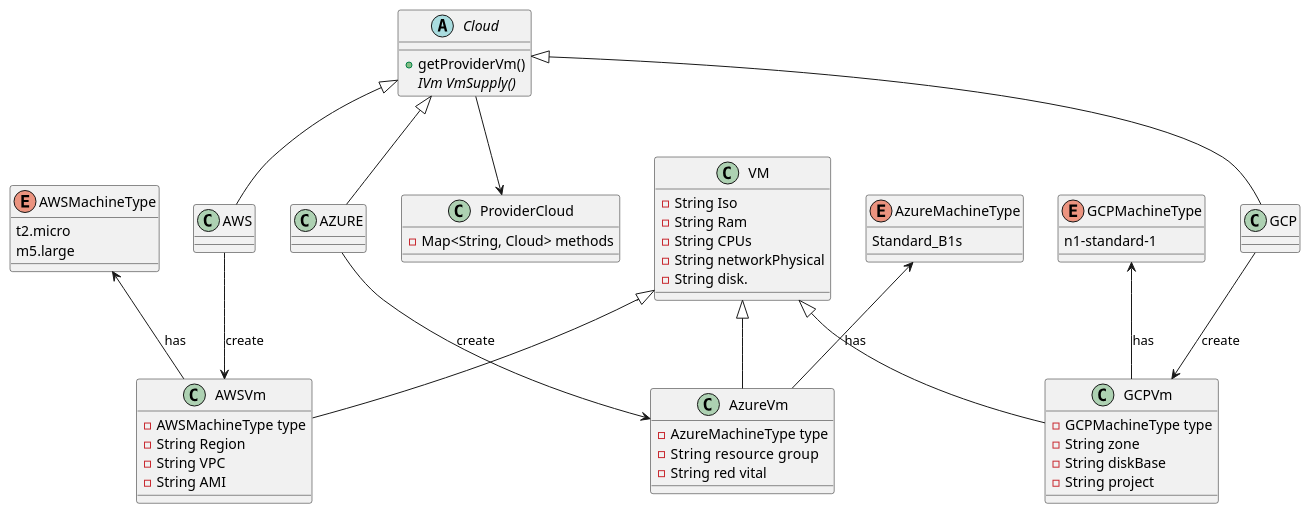
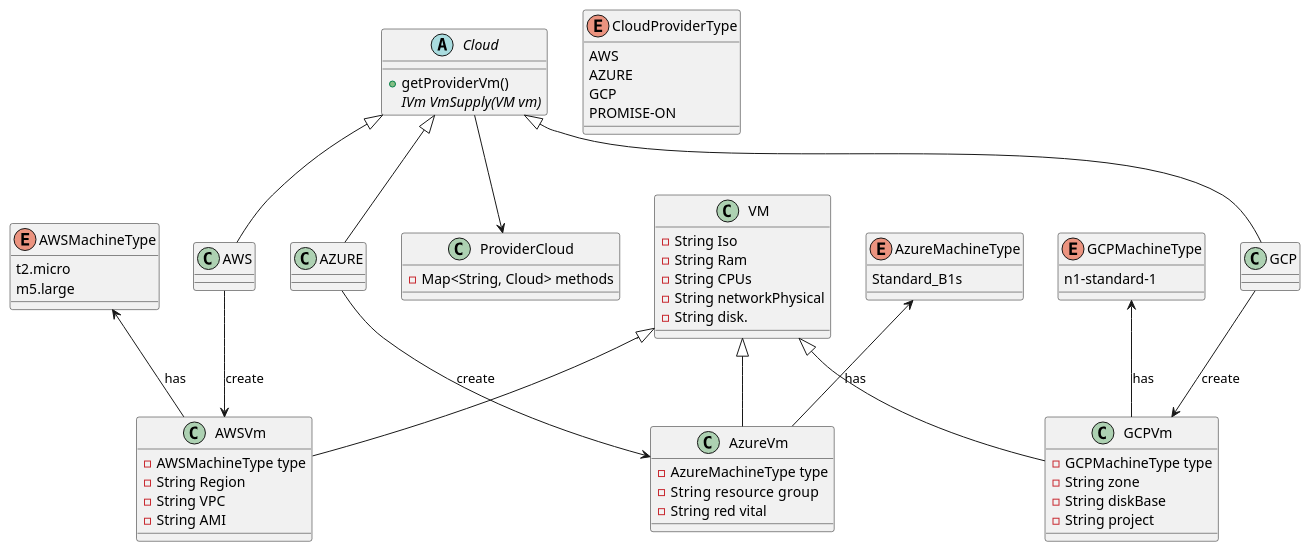
Before and after one commit to david123456858/Design-patterns-Cloud: the diagram in uml/class.wsd, drawn with PlantUML.

Commit message:
movimento en el UML

```diff
--- a/uml/class.wsd
+++ b/uml/class.wsd
@@ -1,72 +1,77 @@
 @startuml cloud-factory
 class VM {
 - String Iso
 - String Ram
 - String CPUs
 - String networkPhysical
 - String disk.
 }
 
 enum AWSMachineType{
 t2.micro 
 m5.large
 }
 enum AzureMachineType {
 Standard_B1s
 }
 enum GCPMachineType {
 n1-standard-1
 }
 
 class AWSVm {
 - AWSMachineType type
 - String Region
 - String VPC
 - String AMI
 }
 class AzureVm{
 - AzureMachineType type
 - String  resource group
 - String red vital
 }
 class GCPVm{
 - GCPMachineType type
 - String zone
 - String diskBase
 - String project
 }
 
 abstract class Cloud{
 + getProviderVm()
-{abstract} IVm VmSupply()
+{abstract} IVm VmSupply(VM vm)
 }
 
 class ProviderCloud {
     - Map<String, Cloud> methods
 }
 
 class AWS{}
 class AZURE{}
 class GCP{}
 
 Cloud <|-- AWS
 Cloud <|-- GCP
 Cloud <|-- AZURE
 
 AWS --> AWSVm : create
 AZURE --> AzureVm : create
 GCP --> GCPVm : create
 
 Cloud --> ProviderCloud
 
 VM <|-- AzureVm
 VM <|-- GCPVm
 VM <|-- AWSVm
 
 AzureMachineType <-- AzureVm : has
 AWSMachineType <-- AWSVm : has
 GCPMachineType <-- GCPVm : has 
 
-
+enum CloudProviderType {
+    AWS 
+    AZURE
+    GCP
+    PROMISE-ON
+}
 
 @enduml
```
